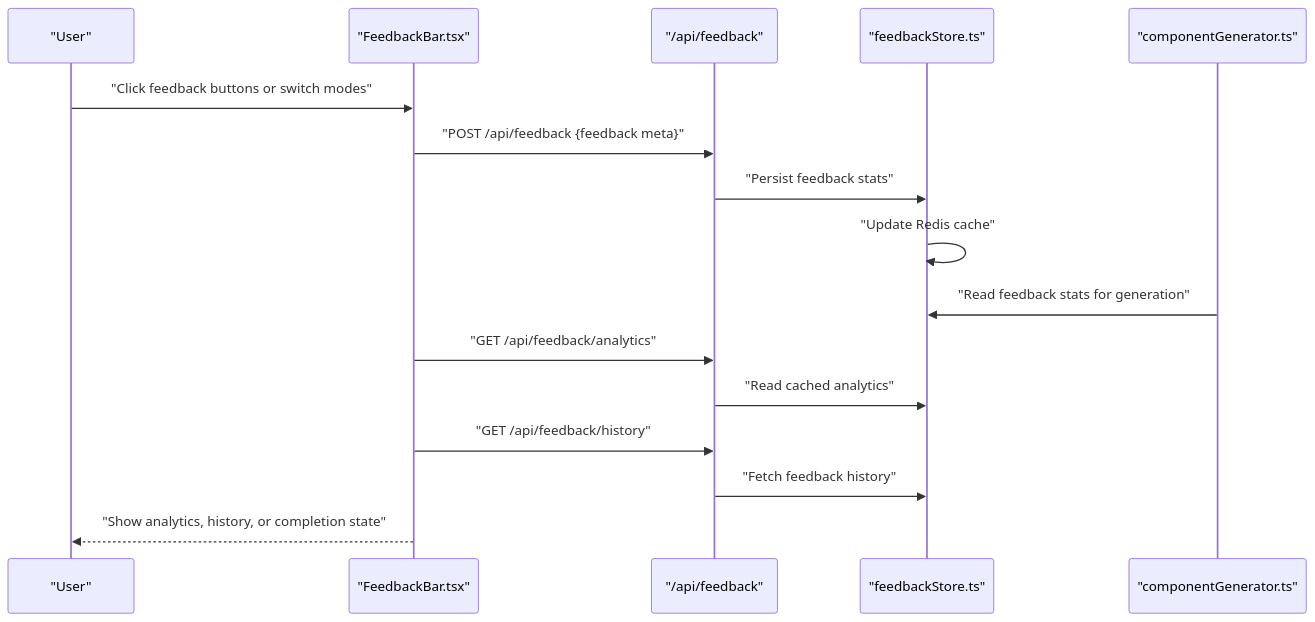
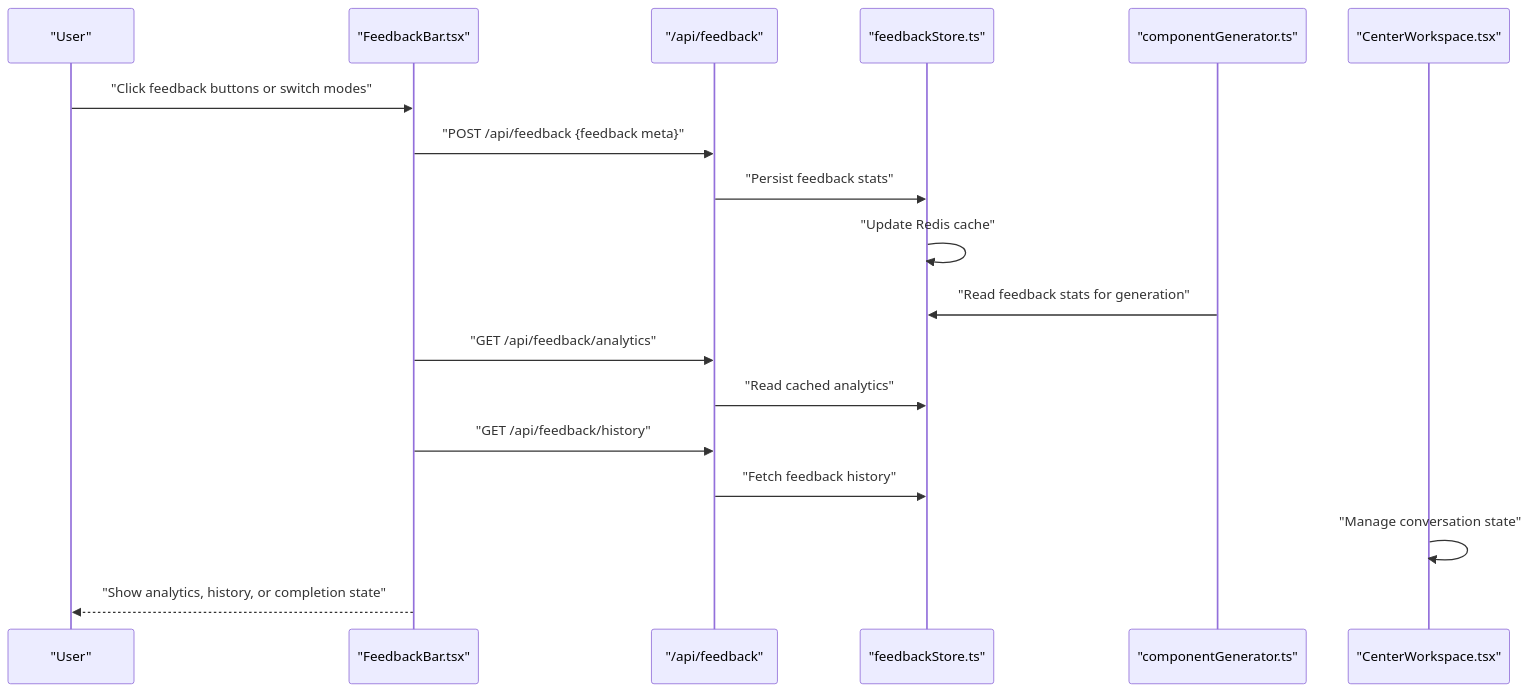
Before and after one commit to shekhargiri005-dotcom/AI-powered-accessibility-first-UI-engine: the sixth of 7 diagrams in .qoder/repowiki/en/content/Architecture & Design/Design Patterns/Design Patterns.md, drawn with Mermaid. The commit also changed other lines of this file and 71 other files, not shown here.

````diff
--- a/.qoder/repowiki/en/content/Architecture & Design/Design Patterns/Design Patterns.md
+++ b/.qoder/repowiki/en/content/Architecture & Design/Design Patterns/Design Patterns.md
@@ -319,18 +377,20 @@
 ```mermaid
 sequenceDiagram
 participant User as "User"
 participant UI as "FeedbackBar.tsx"
 participant API as "/api/feedback"
 participant Store as "feedbackStore.ts"
 participant Gen as "componentGenerator.ts"
+participant Chat as "CenterWorkspace.tsx"
 User->>UI : "Click feedback buttons or switch modes"
 UI->>API : "POST /api/feedback {feedback meta}"
 API->>Store : "Persist feedback stats"
 Store->>Store : "Update Redis cache"
 Gen->>Store : "Read feedback stats for generation"
 UI->>API : "GET /api/feedback/analytics"
 API->>Store : "Read cached analytics"
 UI->>API : "GET /api/feedback/history"
 API->>Store : "Fetch feedback history"
+Chat->>Chat : "Manage conversation state"
 UI-->>User : "Show analytics, history, or completion state"
 ```
````
